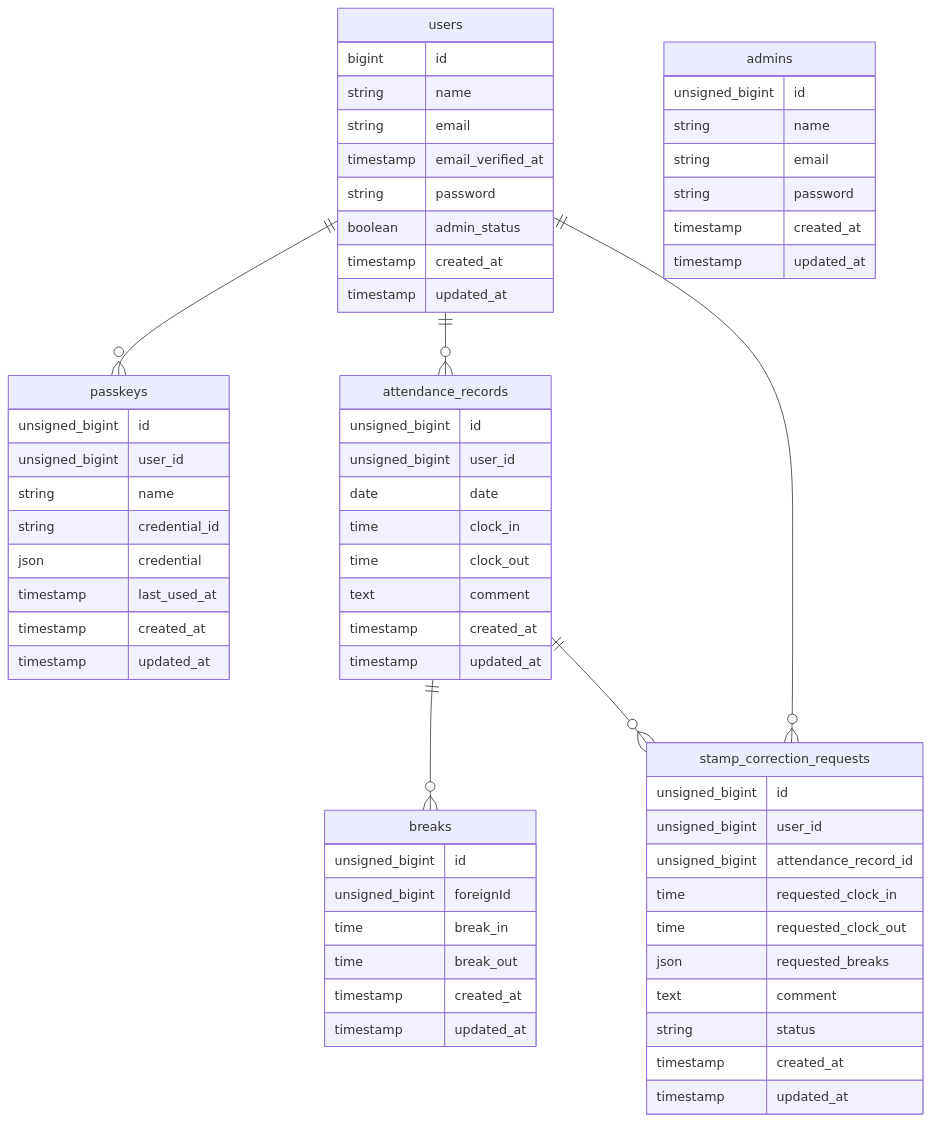
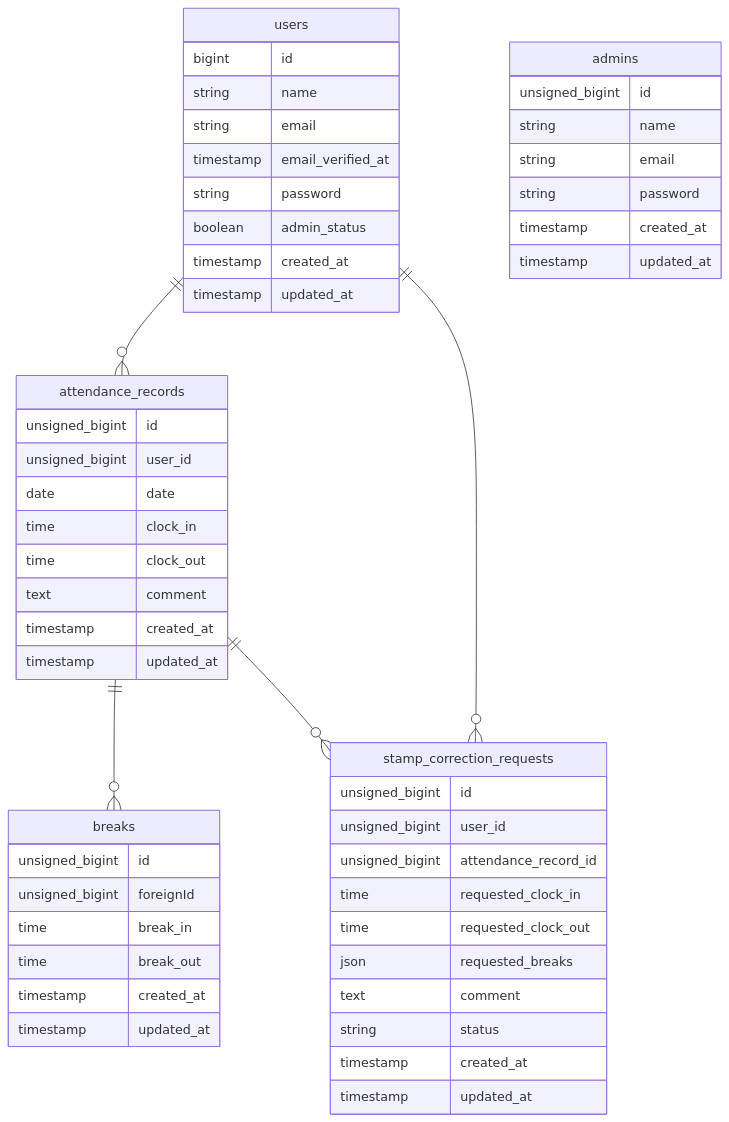
One commit to koko-chii/coachtech-attendance changed the diagram in README.md. Above: the diagram before and after it, drawn with Mermaid.

Commit message:
README.md作成中

````diff
--- a/README.md
+++ b/README.md
@@ -27,73 +27,61 @@
 ```mermaid
 erDiagram
-    users ||--o{ passkeys : ""
     users ||--o{ attendance_records : ""
     users ||--o{ stamp_correction_requests : ""
     attendance_records ||--o{ breaks : ""
     attendance_records ||--o{ stamp_correction_requests : ""
 
     users {
         bigint id
         string name
         string email
         timestamp email_verified_at
         string password
         boolean admin_status
-        timestamp created_at
-        timestamp updated_at
-    }
-
-    passkeys {
-        unsigned_bigint id
-        unsigned_bigint user_id
-        string name
-        string credential_id
-        json credential
-        timestamp last_used_at
         timestamp created_at
         timestamp updated_at
     }
 
     admins {
         unsigned_bigint id
         string name
         string email
         string password
         timestamp created_at
         timestamp updated_at
     }
 
     attendance_records {
         unsigned_bigint id
         unsigned_bigint user_id
         date date
         time clock_in
         time clock_out
         text comment
         timestamp created_at
         timestamp updated_at
     }
 
     breaks {
         unsigned_bigint id
         unsigned_bigint foreignId
         time break_in
         time break_out
         timestamp created_at
         timestamp updated_at
     }
 
     stamp_correction_requests {
         unsigned_bigint id
         unsigned_bigint user_id
         unsigned_bigint attendance_record_id
         time requested_clock_in
         time requested_clock_out
         json requested_breaks
         text comment
         string status
         timestamp created_at
         timestamp updated_at
     }
 
 ```
````
